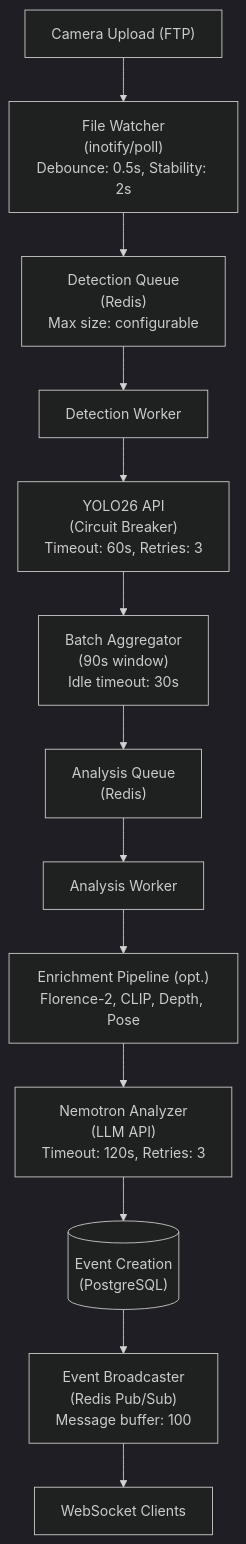
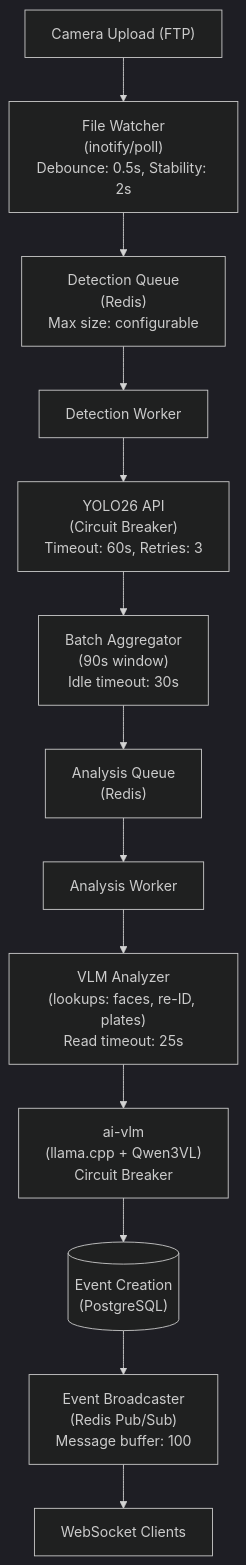
The diagram in docs/architecture/dataflows/README.md (mikesvoboda/nemotron-v3-home-security-intelligence), drawn with Mermaid before and after one commit. The commit also changed other lines of this file and 231 other files, not shown here.

````diff
--- a/docs/architecture/dataflows/README.md
+++ b/docs/architecture/dataflows/README.md
@@ -9,30 +9,30 @@
 ```mermaid
 %%{init: {'theme': 'dark'}}%%
 flowchart TB
     Camera["Camera Upload (FTP)"]
     FW["File Watcher<br/>(inotify/poll)<br/>Debounce: 0.5s, Stability: 2s"]
     DQ["Detection Queue<br/>(Redis)<br/>Max size: configurable"]
     DW["Detection Worker"]
     YOLO["YOLO26 API<br/>(Circuit Breaker)<br/>Timeout: 60s, Retries: 3"]
     BA["Batch Aggregator<br/>(90s window)<br/>Idle timeout: 30s"]
     AQ["Analysis Queue<br/>(Redis)"]
     AW["Analysis Worker"]
-    EP["Enrichment Pipeline (opt.)<br/>Florence-2, CLIP, Depth, Pose"]
-    NEM["Nemotron Analyzer<br/>(LLM API)<br/>Timeout: 120s, Retries: 3"]
+    VA["VLM Analyzer<br/>(lookups: faces, re-ID, plates)<br/>Read timeout: 25s"]
+    VLM["ai-vlm<br/>(llama.cpp + Qwen3VL)<br/>Circuit Breaker"]
     DB[("Event Creation<br/>(PostgreSQL)")]
     EB["Event Broadcaster<br/>(Redis Pub/Sub)<br/>Message buffer: 100"]
     WS["WebSocket Clients"]
 
     Camera --> FW
     FW --> DQ
     DQ --> DW
     DW --> YOLO
     YOLO --> BA
     BA --> AQ
     AQ --> AW
-    AW --> EP
-    EP --> NEM
-    NEM --> DB
+    AW --> VA
+    VA --> VLM
+    VLM --> DB
     DB --> EB
     EB --> WS
 ```
````
